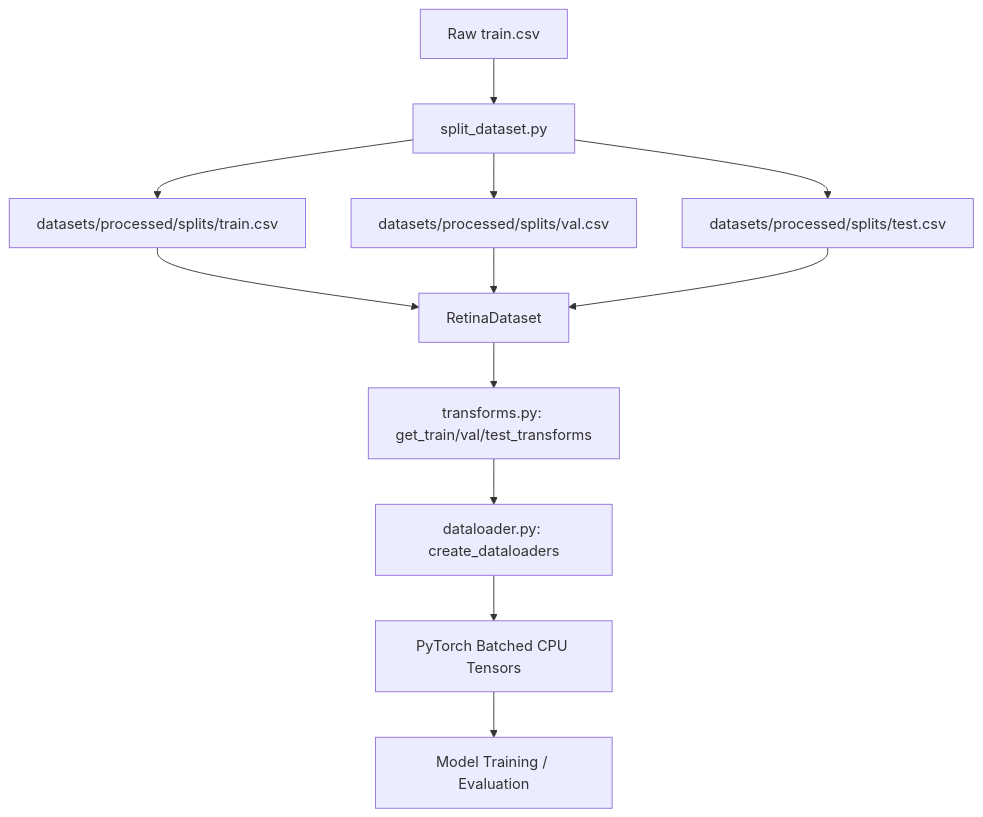
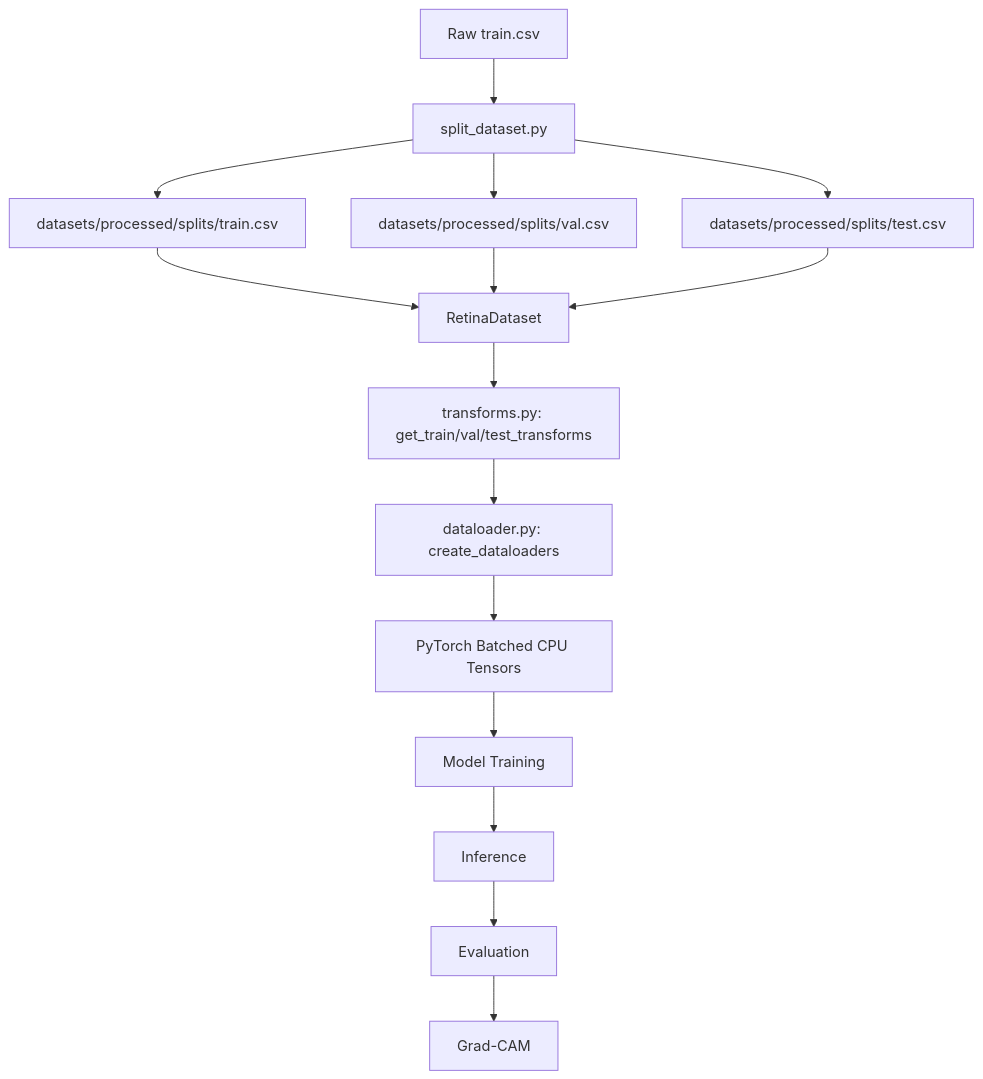
Before and after one commit to Dr-Venom29/FusionMedAI: the diagram in research/Volume_02_Data_Pipeline/01_Introduction.md, drawn with Mermaid. The commit also changed 102 other files, not shown here.

````diff
--- a/research/Volume_02_Data_Pipeline/01_Introduction.md
+++ b/research/Volume_02_Data_Pipeline/01_Introduction.md
@@ -20,14 +20,17 @@
 ```mermaid
 graph TD
     A[Raw train.csv] --> B[split_dataset.py]
     B --> C[datasets/processed/splits/train.csv]
     B --> D[datasets/processed/splits/val.csv]
     B --> E[datasets/processed/splits/test.csv]
     C --> F[RetinaDataset]
     D --> F
     E --> F
     F --> G[transforms.py: get_train/val/test_transforms]
     G --> H[dataloader.py: create_dataloaders]
     H --> I[PyTorch Batched CPU Tensors]
-    I --> J[Model Training / Evaluation]
+    I --> J[Model Training]
+    J --> K[Inference]
+    K --> L[Evaluation]
+    L --> M[Grad-CAM]
 ```
````
